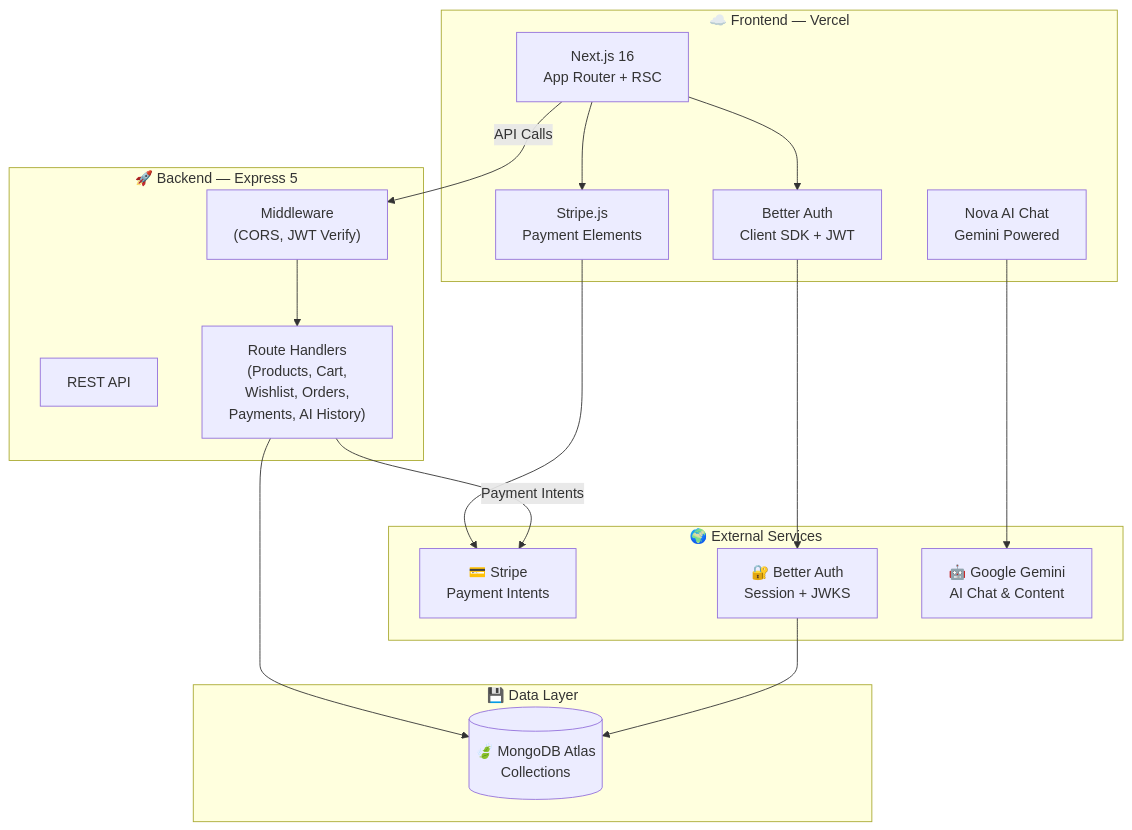
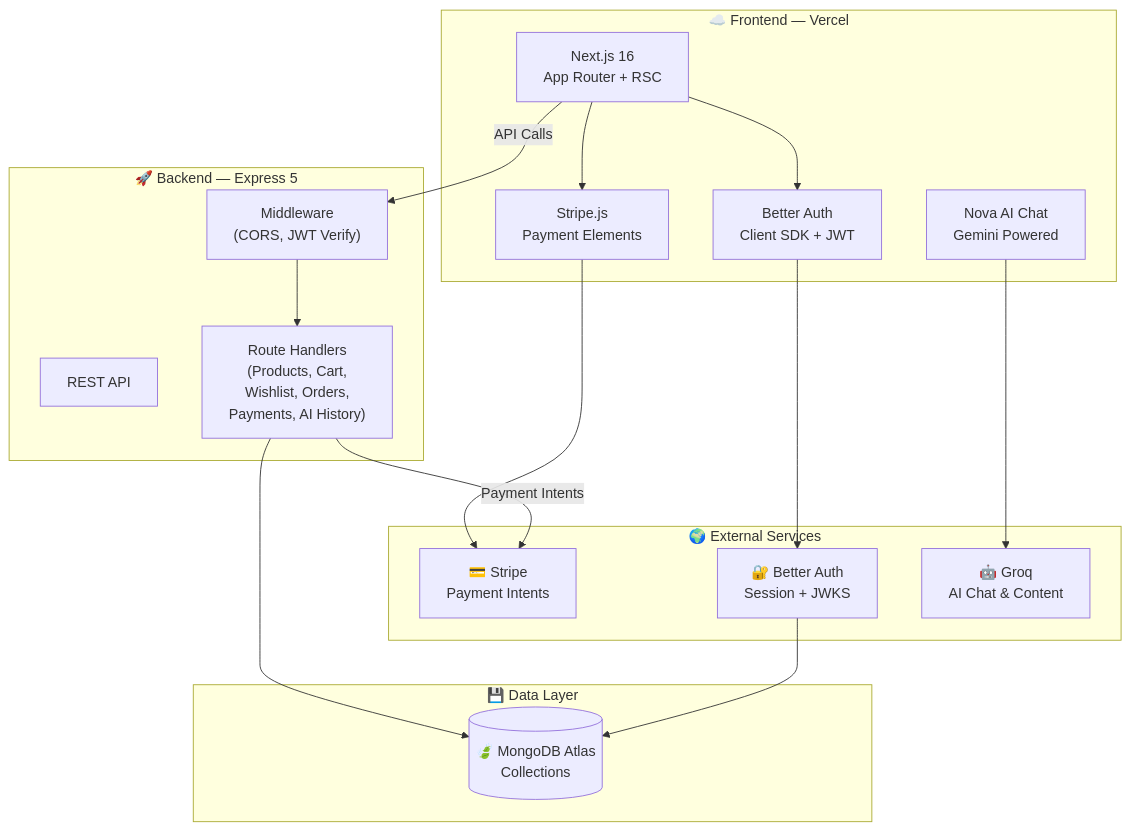
The diagram in README.md (ashiqurrhmn/NovaCart-client), drawn with Mermaid before and after one commit. The commit also changed other lines of this file and 1 other file, not shown here.

````diff
--- a/README.md
+++ b/README.md
@@ -216,36 +216,36 @@
 ```mermaid
 graph TB
     subgraph Client["☁️ Frontend — Vercel"]
         NextJS["Next.js 16<br/>App Router + RSC"]
         Auth["Better Auth<br/>Client SDK + JWT"]
         StripeJS["Stripe.js<br/>Payment Elements"]
         ChatAI["Nova AI Chat<br/>Gemini Powered"]
     end
     
     subgraph Server["🚀 Backend — Express 5"]
         API["REST API"]
         MW["Middleware<br/>(CORS, JWT Verify)"]
         Routes["Route Handlers<br/>(Products, Cart,<br/>Wishlist, Orders,<br/>Payments, AI History)"]
     end
     
     subgraph Data["💾 Data Layer"]
         DB[("🍃 MongoDB Atlas<br/>Collections")]
     end
     
     subgraph External["🌍 External Services"]
         Stripe["💳 Stripe<br/>Payment Intents"]
         BetterAuth["🔐 Better Auth<br/>Session + JWKS"]
-        Gemini["🤖 Google Gemini<br/>AI Chat & Content"]
+        Groq["🤖 Groq<br/>AI Chat & Content"]
     end
     
     NextJS -->|API Calls| MW
     MW --> Routes
     Routes --> DB
     NextJS --> Auth
     Auth --> BetterAuth
     BetterAuth --> DB
     NextJS --> StripeJS
     StripeJS --> Stripe
     Routes -->|Payment Intents| Stripe
-    ChatAI --> Gemini
+    ChatAI --> Groq
 ```
````
